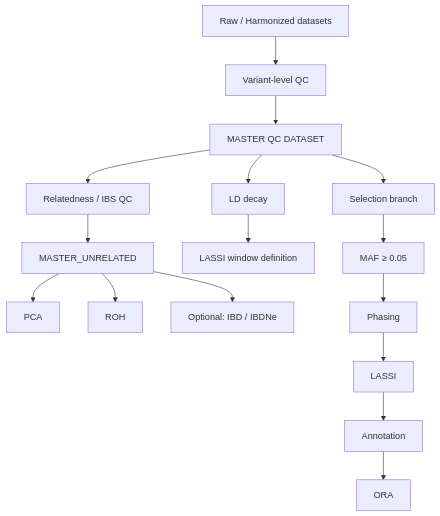
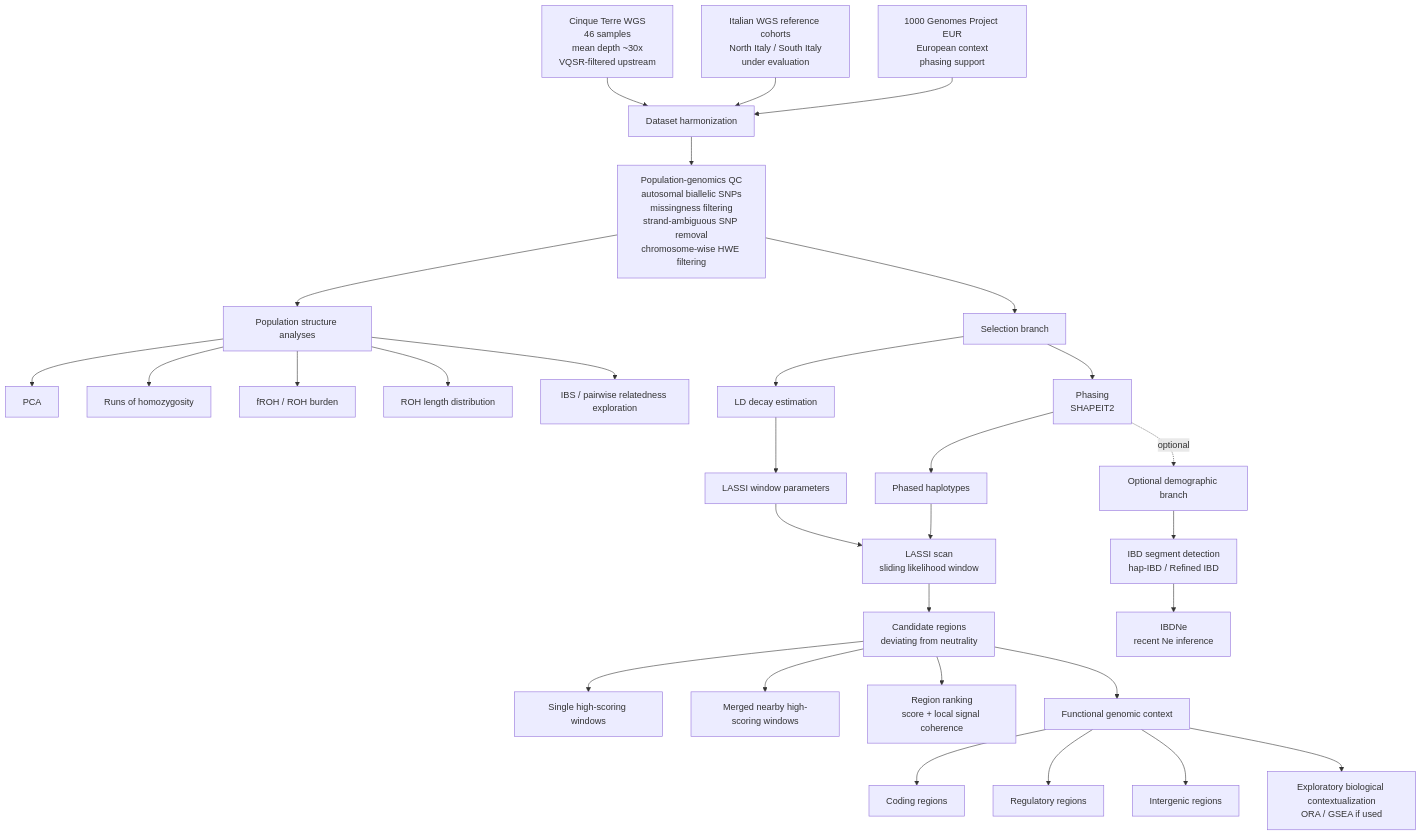
The diagram in docs/pipeline_diagram.md (ArthurAnam/5terre-popgen-selection-pipeline), drawn with Mermaid before and after one commit. The commit also changed other lines of this file, not shown here.

First line of the commit message:
Update pipeline diagram with detailed workflow sections

````diff
--- a/docs/pipeline_diagram.md
+++ b/docs/pipeline_diagram.md
@@ -3,25 +20,45 @@
 ```mermaid
 flowchart TD
 
-A[Raw / Harmonized datasets] --> B[Variant-level QC]
-B --> C[MASTER QC DATASET]
+    A[Cinque Terre WGS<br/>46 samples<br/>mean depth ~30x<br/>VQSR-filtered upstream]
+    B[Italian WGS reference cohorts<br/>North Italy / South Italy<br/>under evaluation]
+    C[1000 Genomes Project EUR<br/>European context<br/>phasing support]
 
-C --> D[Relatedness / IBS QC]
-D --> E[MASTER_UNRELATED]
+    A --> D[Dataset harmonization]
+    B --> D
+    C --> D
 
-E --> F[PCA]
-E --> G[ROH]
+    D --> E[Population-genomics QC<br/>autosomal biallelic SNPs<br/>missingness filtering<br/>strand-ambiguous SNP removal<br/>chromosome-wise HWE filtering]
 
-C --> H[LD decay]
-H --> I[LASSI window definition]
+    E --> F[Population structure analyses]
+    E --> G[Selection branch]
 
-C --> J[Selection branch]
-J --> K[MAF ≥ 0.05]
-K --> L[Phasing]
-L --> M[LASSI]
-M --> N[Annotation]
-N --> O[ORA]
+    F --> F1[PCA]
+    F --> F2[Runs of homozygosity]
+    F --> F3[fROH / ROH burden]
+    F --> F4[ROH length distribution]
+    F --> F5[IBS / pairwise relatedness exploration]
 
-E --> P[Optional: IBD / IBDNe]
+    G --> G1[LD decay estimation]
+    G --> G2[Phasing<br/>SHAPEIT2]
+    G1 --> G3[LASSI window parameters]
+    G2 --> G4[Phased haplotypes]
+    G3 --> G5[LASSI scan<br/>sliding likelihood window]
+    G4 --> G5
 
+    G5 --> H[Candidate regions<br/>deviating from neutrality]
+    H --> H1[Single high-scoring windows]
+    H --> H2[Merged nearby high-scoring windows]
+    H --> H3[Region ranking<br/>score + local signal coherence]
+
+    H --> I[Functional genomic context]
+    I --> I1[Coding regions]
+    I --> I2[Regulatory regions]
+    I --> I3[Intergenic regions]
+
+    I --> J[Exploratory biological contextualization<br/>ORA / GSEA if used]
+
+    G2 -. optional .-> K[Optional demographic branch]
+    K --> K1[IBD segment detection<br/>hap-IBD / Refined IBD]
+    K1 --> K2[IBDNe<br/>recent Ne inference]
 ```
````
